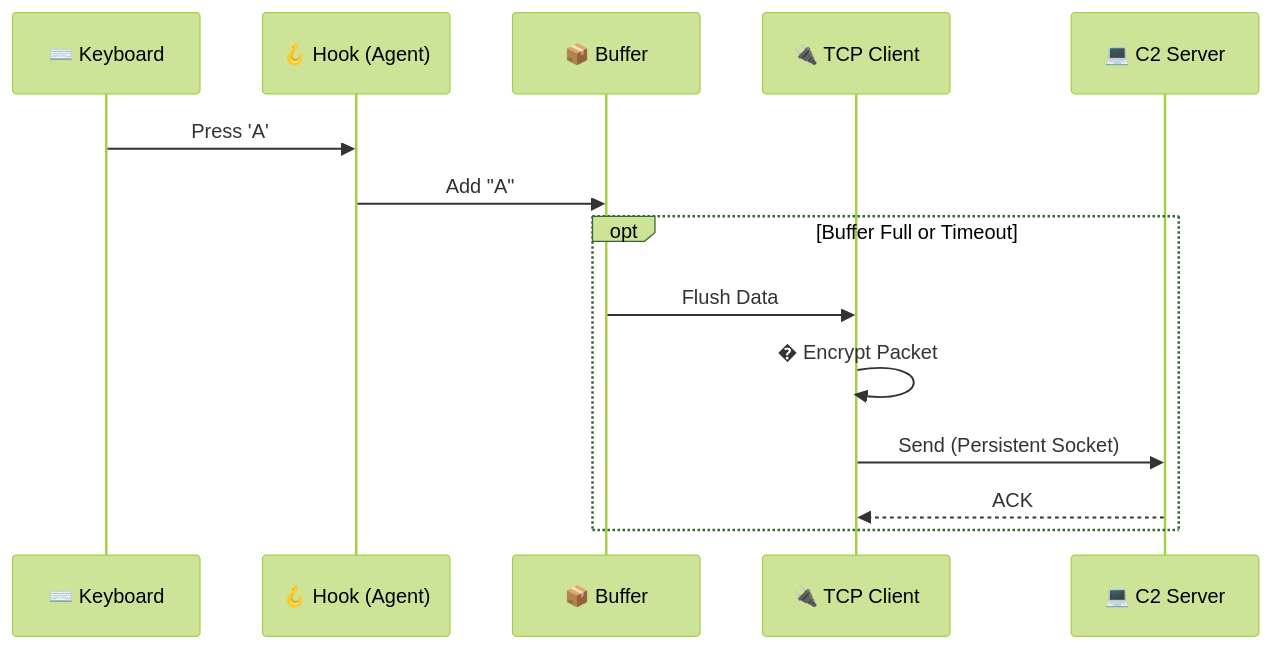
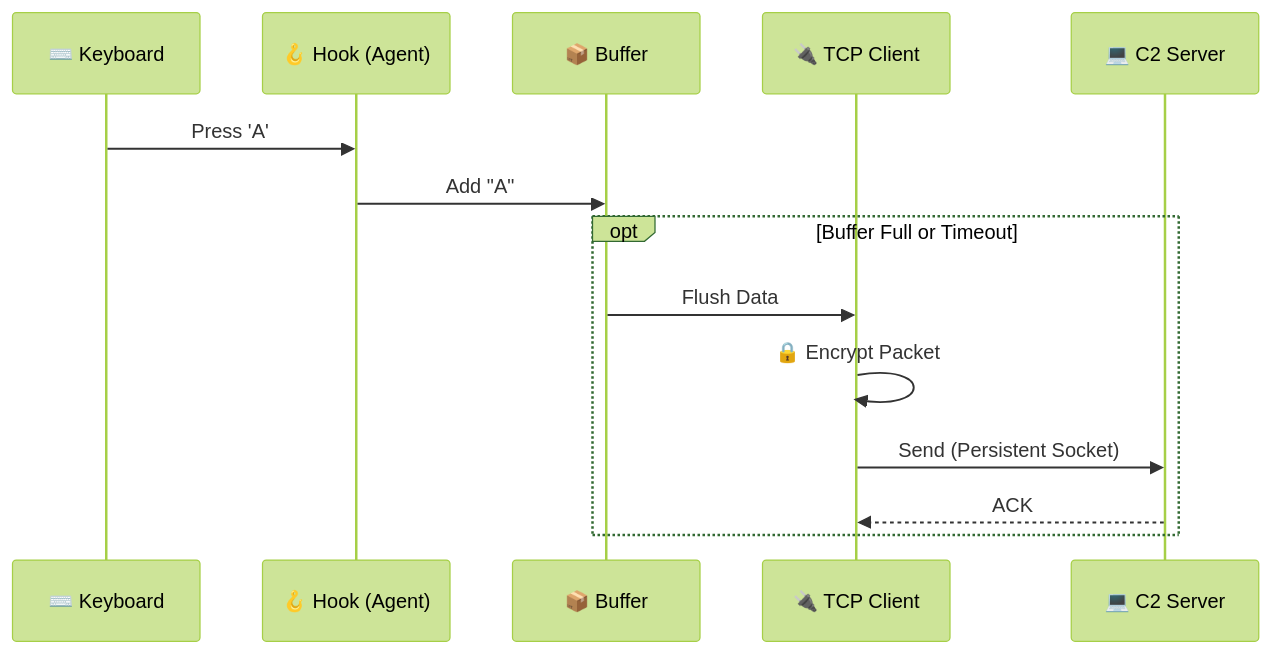
One commit to Arunkumarkethana/SpyWare---Scrach changed the second of 2 diagrams in README.md. Above: the diagram before and after it, drawn with Mermaid (forest theme). The commit also changed other lines of this file, not shown here.

Commit message:
Docs: Complete Rewrite (Passwordless & Diagrams)

````diff
--- a/README.md
+++ b/README.md
@@ -39,18 +34,18 @@
 ```mermaid
 sequenceDiagram
     participant K as ⌨️ Keyboard
     participant H as 🪝 Hook (Agent)
     participant B as 📦 Buffer
     participant N as 🔌 TCP Client
     participant S as 💻 C2 Server
 
     K->>H: Press 'A'
     H->>B: Add "A"
     
     opt Buffer Full or Timeout
         B->>N: Flush Data
-        N->>N: � Encrypt Packet
+        N->>N: 🔒 Encrypt Packet
         N->>S: Send (Persistent Socket)
         S-->>N: ACK
     end
 ```
````
